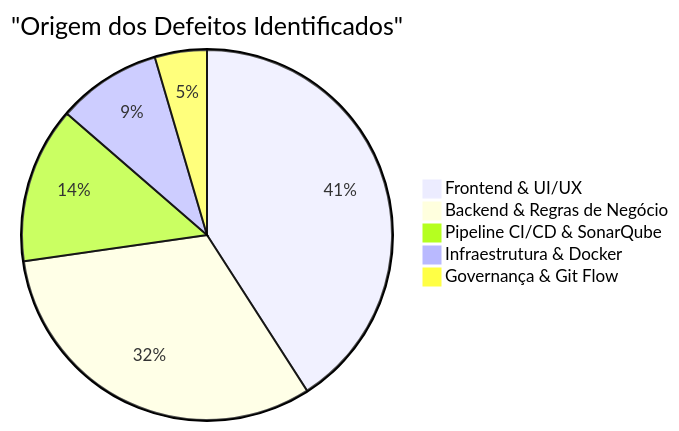
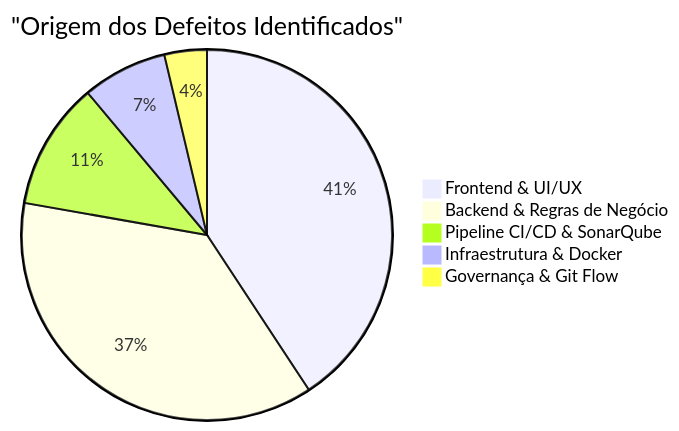
The diagram in docs/projeto-001/003-teste/RBD-Registro_de_Bugs_e_Defeitos.md (ADS-IFPB-SR/alumigest), drawn with Mermaid before and after one commit. The commit also changed other lines of this file and 1 other file, not shown here.

````diff
--- a/docs/projeto-001/003-teste/RBD-Registro_de_Bugs_e_Defeitos.md
+++ b/docs/projeto-001/003-teste/RBD-Registro_de_Bugs_e_Defeitos.md
@@ -658,8 +875,8 @@
 ```mermaid
 pie title "Origem dos Defeitos Identificados"
-    "Frontend & UI/UX" : 9
-    "Backend & Regras de Negócio" : 7
+    "Frontend & UI/UX" : 11
+    "Backend & Regras de Negócio" : 10
     "Pipeline CI/CD & SonarQube" : 3
     "Infraestrutura & Docker" : 2
     "Governança & Git Flow" : 1
 ```
````
